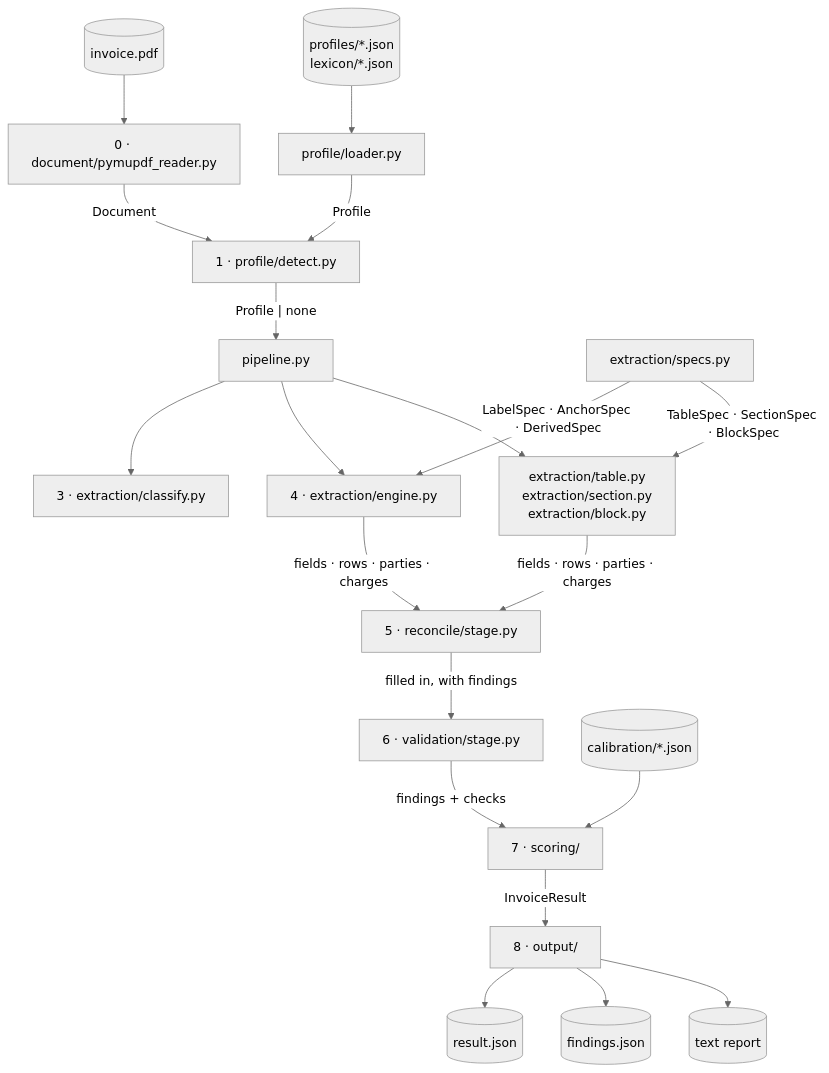
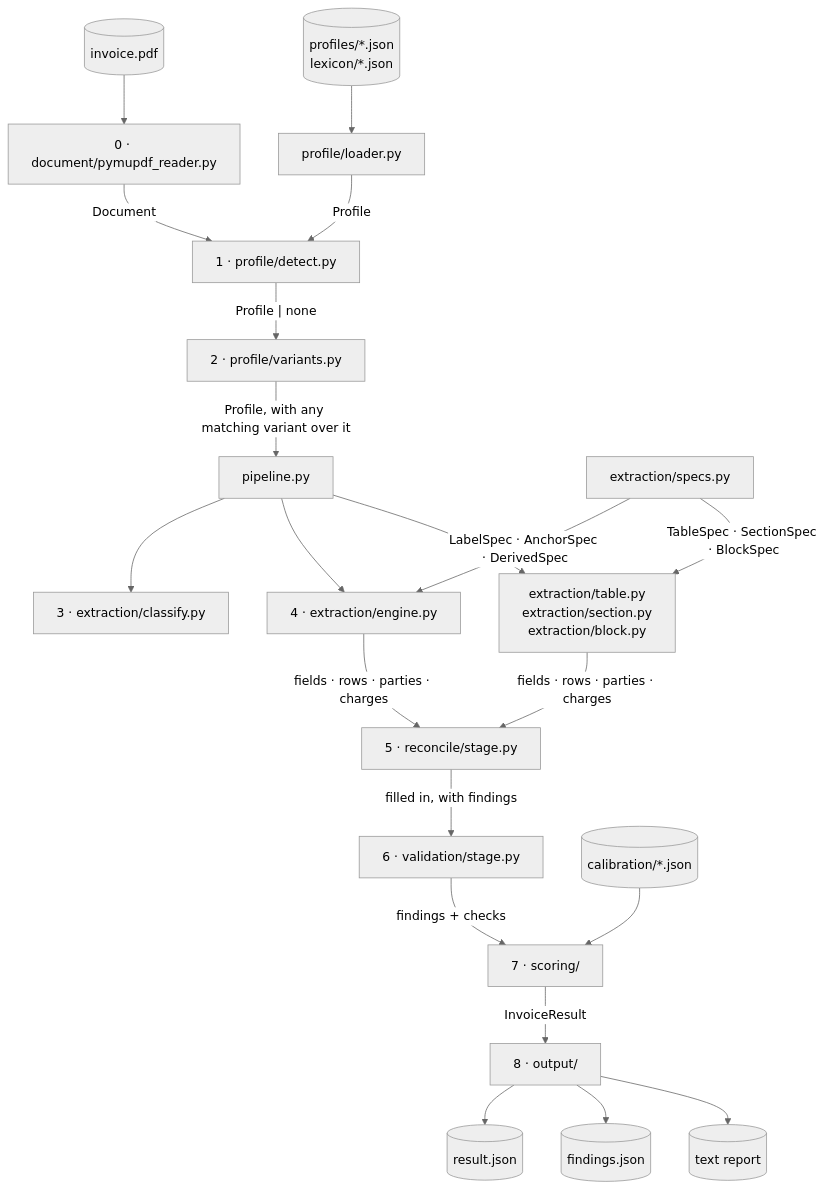
The first of 3 diagrams in docs/ARCHITECTURE.md (lorenzo265/Invoice_Extract), drawn with Mermaid (neutral theme) before and after one commit. The commit also changed other lines of this file and 78 other files, not shown here.

````diff
--- a/docs/ARCHITECTURE.md
+++ b/docs/ARCHITECTURE.md
@@ -38,21 +38,22 @@
 ```mermaid
 flowchart TD
     PDF[("invoice.pdf")] --> READ["0 · document/pymupdf_reader.py"]
     READ -->|"Document"| DETECT["1 · profile/detect.py"]
     PROFILES[("profiles/*.json<br/>lexicon/*.json")] --> LOADER["profile/loader.py"]
     LOADER -->|"Profile"| DETECT
-    DETECT -->|"Profile | none"| PIPE["pipeline.py"]
+    DETECT -->|"Profile | none"| VARIANT["2 · profile/variants.py"]
+    VARIANT -->|"Profile, with any matching variant over it"| PIPE["pipeline.py"]
     PIPE --> CLASSIFY["3 · extraction/classify.py"]
     PIPE --> ENGINE["4 · extraction/engine.py"]
     SPECS["extraction/specs.py"] -->|"LabelSpec · AnchorSpec · DerivedSpec"| ENGINE
     SPECS -->|"TableSpec · SectionSpec · BlockSpec"| READERS["extraction/table.py<br/>extraction/section.py<br/>extraction/block.py"]
     PIPE --> READERS
     ENGINE & READERS -->|"fields · rows · parties · charges"| RECONCILE["5 · reconcile/stage.py"]
     RECONCILE -->|"filled in, with findings"| VALIDATE["6 · validation/stage.py"]
     VALIDATE -->|"findings + checks"| SCORE["7 · scoring/"]
     CAL[("calibration/*.json")] --> SCORE
     SCORE -->|"InvoiceResult"| EMIT["8 · output/"]
     EMIT --> OUT1[("result.json")]
     EMIT --> OUT2[("findings.json")]
     EMIT --> OUT3[("text report")]
 ```
````
